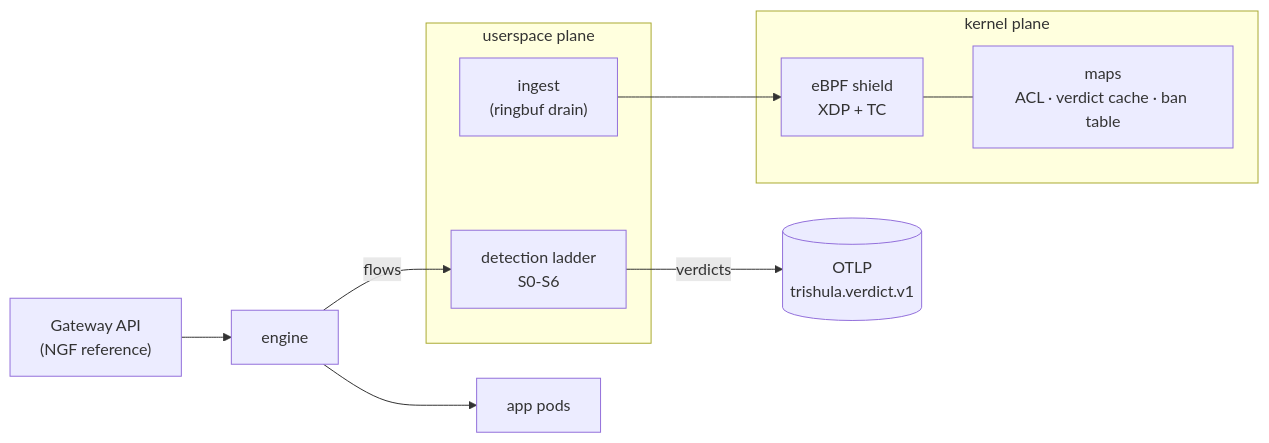
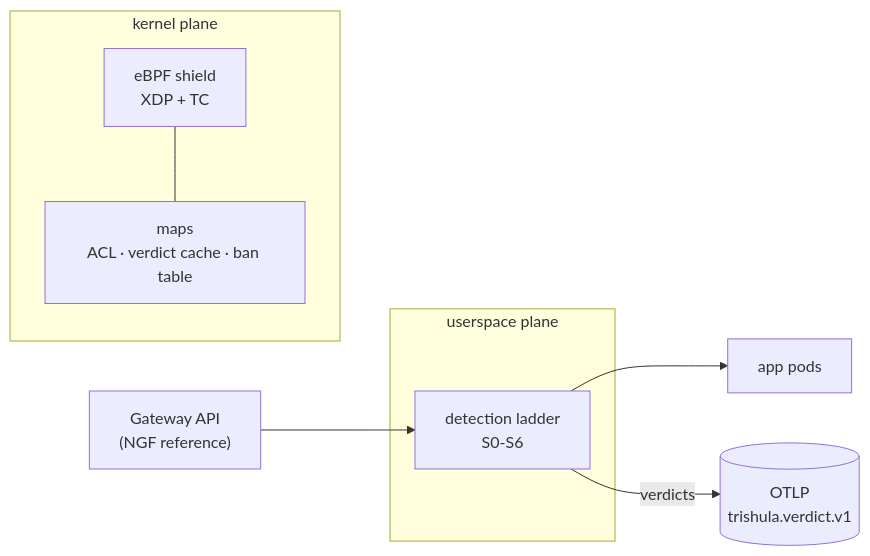
One commit to trishula-dev/trishula-website changed the first of 2 diagrams in index.qmd. Above: the diagram before and after it, drawn with Mermaid. The commit also changed other lines of this file and 7 other files, not shown here.

Commit message:
site: collapse to single quarto page - intro/objectives, why, architecture, roadmap, reasoning

````diff
--- a/index.qmd
+++ b/index.qmd
@@ -15,17 +17,14 @@
 ```{mermaid}
 flowchart LR
     subgraph KERNEL["kernel plane"]
         xdp["eBPF shield<br/>XDP + TC"]
         maps["maps<br/>ACL · verdict cache · ban table"]
     end
     subgraph USER["userspace plane"]
-        ing["ingest<br/>(ringbuf drain)"]
         lad["detection ladder<br/>S0-S6"]
     end
-    gw["Gateway API<br/>(NGF reference)"] --> eng["engine"]
-    eng --> app["app pods"]
-    eng -- flows --> lad
-    ing --> xdp
+    gw["Gateway API<br/>(NGF reference)"] --> lad
+    lad --> app["app pods"]
     xdp --- maps
     lad -- verdicts --> otel[("OTLP<br/>trishula.verdict.v1")]
 ```
````
